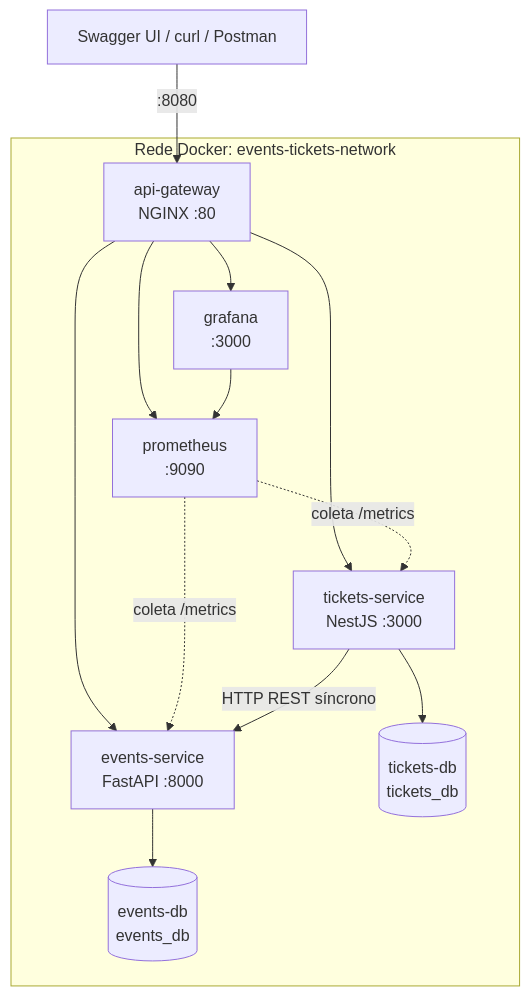
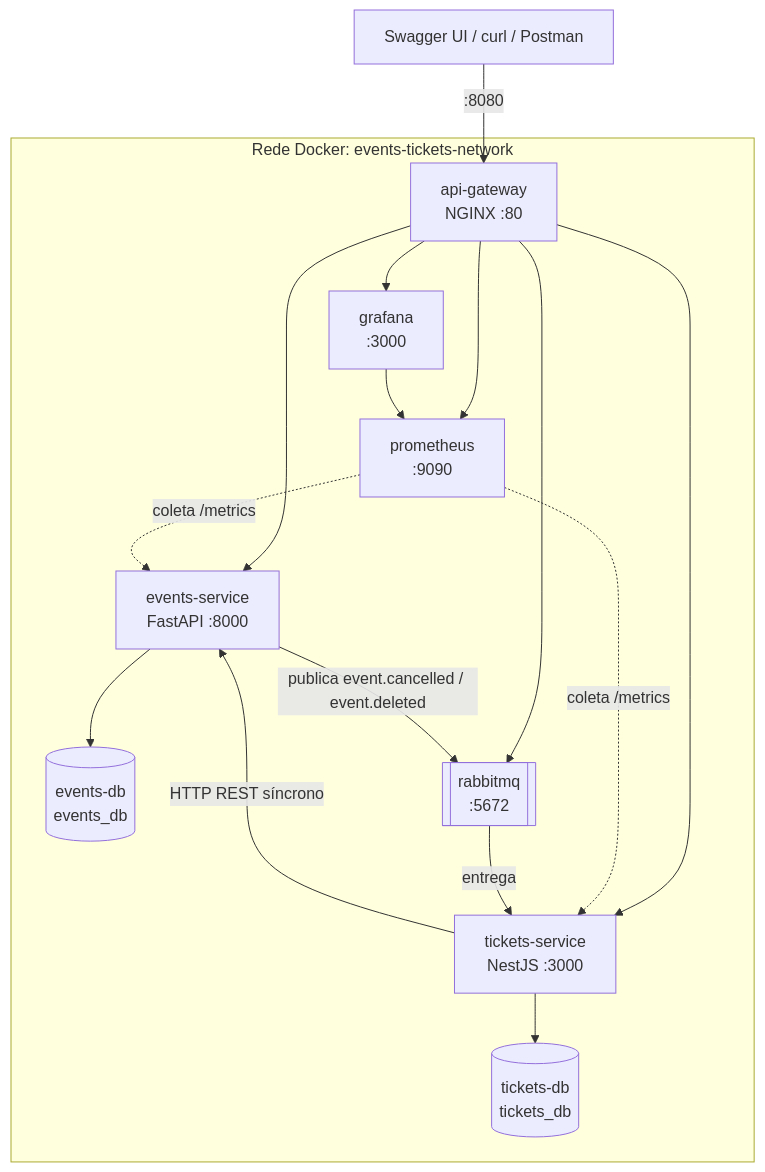
One commit to Igor-Lazarin-Oliani/events-tickets-ms changed the diagram in docs/arquitetura.md. Above: the diagram before and after it, drawn with Mermaid. The commit also changed other lines of this file and 31 other files, not shown here.

````diff
--- a/docs/arquitetura.md
+++ b/docs/arquitetura.md
@@ -23,24 +23,28 @@
 ```mermaid
 flowchart TB
     cliente["Swagger UI / curl / Postman"]
     subgraph rede["Rede Docker: events-tickets-network"]
         gateway["api-gateway<br/>NGINX :80"]
         events["events-service<br/>FastAPI :8000"]
         tickets["tickets-service<br/>NestJS :3000"]
         eventsdb[("events-db<br/>events_db")]
         ticketsdb[("tickets-db<br/>tickets_db")]
         prometheus["prometheus<br/>:9090"]
         grafana["grafana<br/>:3000"]
+        rabbitmq[["rabbitmq<br/>:5672"]]
     end
     cliente -->|":8080"| gateway
     gateway --> events
     gateway --> tickets
     gateway --> grafana
     gateway --> prometheus
     grafana --> prometheus
     prometheus -.->|"coleta /metrics"| events
     prometheus -.->|"coleta /metrics"| tickets
+    gateway --> rabbitmq
+    events -->|"publica event.cancelled / event.deleted"| rabbitmq
+    rabbitmq -->|"entrega"| tickets
     tickets -->|"HTTP REST síncrono"| events
     events --> eventsdb
     tickets --> ticketsdb
 ```
````
